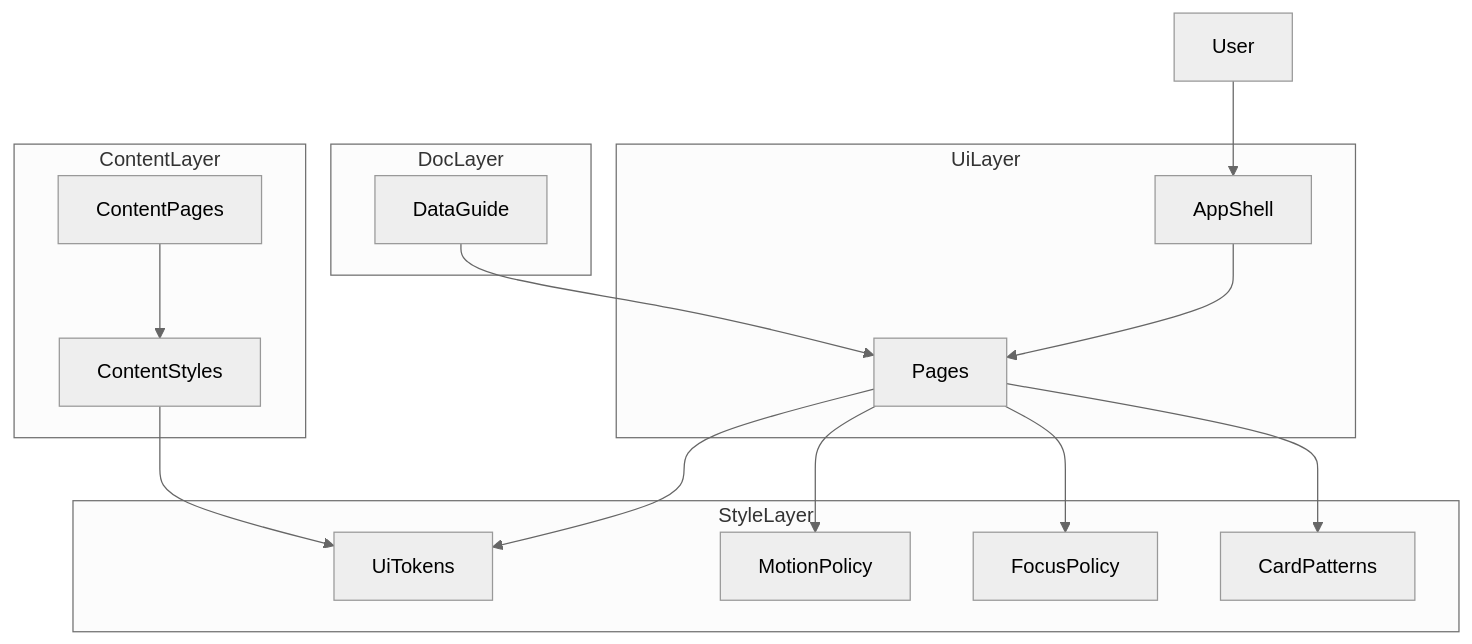
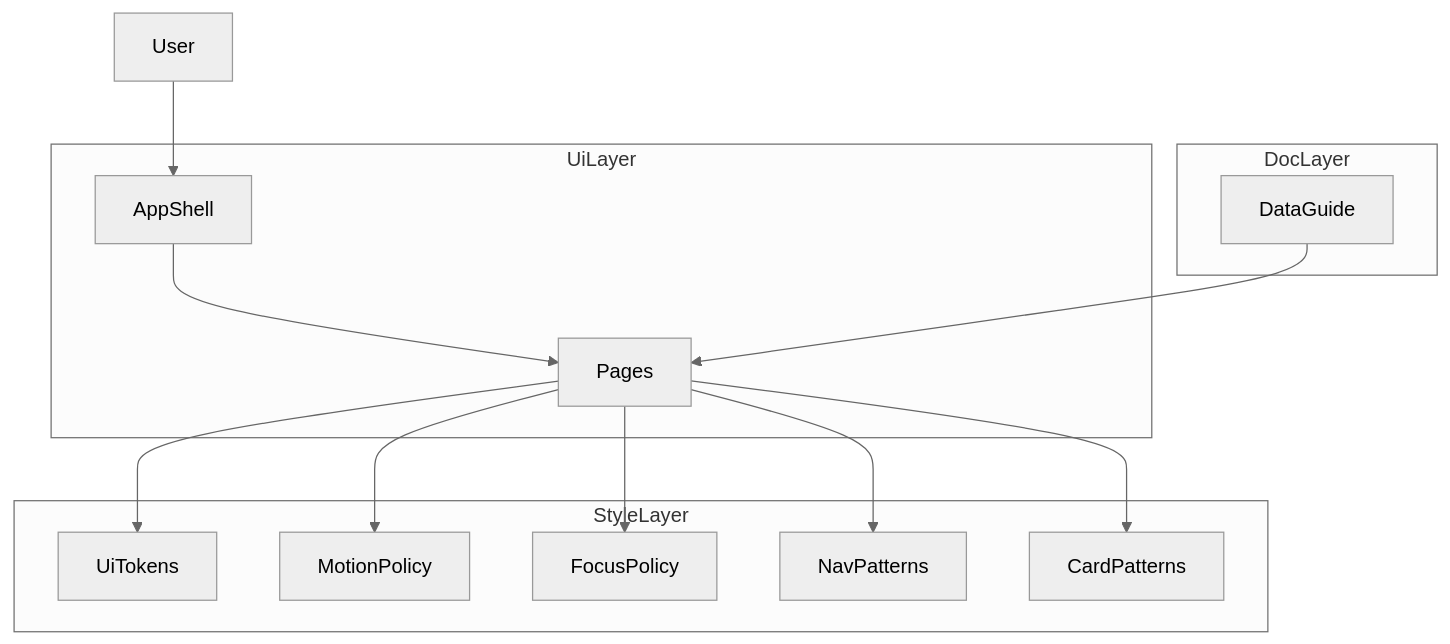
One commit to arinko39140/mangadouga changed the diagram in .kiro/specs/sitewide-ui-polish-accessibility/design.md. Above: the diagram before and after it, drawn with Mermaid (neutral theme). The commit also changed other lines of this file and 2 other files, not shown here.

````diff
--- a/.kiro/specs/sitewide-ui-polish-accessibility/design.md
+++ b/.kiro/specs/sitewide-ui-polish-accessibility/design.md
@@ -74,30 +74,26 @@
 ```mermaid
 graph TB
   User[User]
   subgraph UiLayer[UiLayer]
     AppShell[AppShell]
     Pages[Pages]
   end
   subgraph StyleLayer[StyleLayer]
     UiTokens[UiTokens]
     MotionPolicy[MotionPolicy]
     FocusPolicy[FocusPolicy]
+    NavPatterns[NavPatterns]
     CardPatterns[CardPatterns]
-  end
-  subgraph ContentLayer[ContentLayer]
-    ContentPages[ContentPages]
-    ContentStyles[ContentStyles]
   end
   subgraph DocLayer[DocLayer]
     DataGuide[DataGuide]
   end
   User --> AppShell
   AppShell --> Pages
   Pages --> UiTokens
   Pages --> MotionPolicy
   Pages --> FocusPolicy
+  Pages --> NavPatterns
   Pages --> CardPatterns
-  ContentPages --> ContentStyles
-  ContentStyles --> UiTokens
   DataGuide --> Pages
 ```
````
